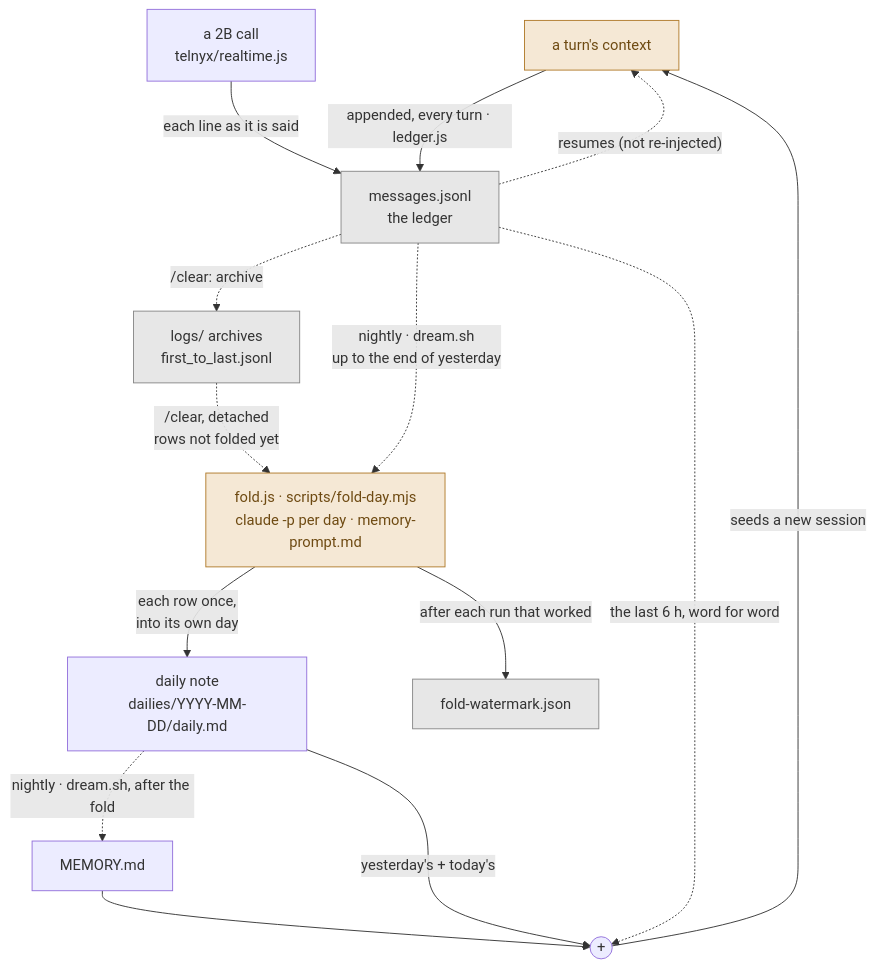
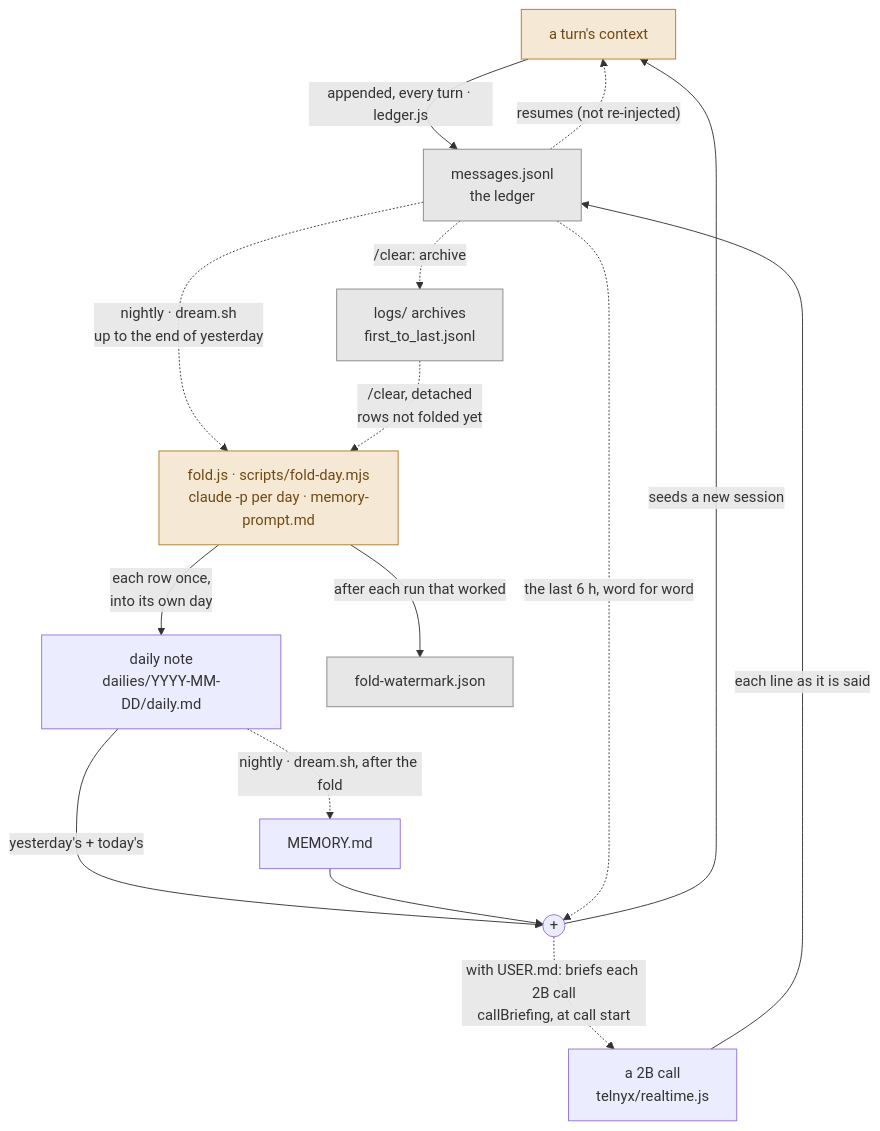
The seventh of 7 diagrams in SYSTEM-MAP.md (KubaJerz/alfred-node), drawn with Mermaid before and after one commit. The commit also changed other lines of this file and 16 other files, not shown here.

````diff
--- a/SYSTEM-MAP.md
+++ b/SYSTEM-MAP.md
@@ -702,20 +724,21 @@
 ```mermaid
 flowchart TD
     CTX["a turn's context"] -->|"appended, every turn · ledger.js"| LIVE["messages.jsonl<br/>the ledger"]
     CALLV["a 2B call<br/>telnyx/realtime.js"] -->|"each line as it is said"| LIVE
     LIVE -.->|"resumes (not re-injected)"| CTX
     LIVE -.->|"/clear: archive"| ARCH["logs/ archives<br/>first_to_last.jsonl"]
     LIVE -.->|"nightly · dream.sh<br/>up to the end of yesterday"| FOLD["fold.js · scripts/fold-day.mjs<br/>claude -p per day · memory-prompt.md"]
     ARCH -.->|"/clear, detached<br/>rows not folded yet"| FOLD
     FOLD -->|"each row once,<br/>into its own day"| DAILY["daily note<br/>dailies/YYYY-MM-DD/daily.md"]
     FOLD -->|"after each run that worked"| WM["fold-watermark.json"]
     DAILY -.->|"nightly · dream.sh, after the fold"| MEM["MEMORY.md"]
     DAILY -->|"yesterday's + today's"| PLUS(("+"))
     MEM --> PLUS
     LIVE -.->|"the last 6 h, word for word"| PLUS
     PLUS -->|"seeds a new session"| CTX
+    PLUS -.->|"with USER.md: briefs each 2B call<br/>callBriefing, at call start"| CALLV
     classDef agent fill:#f5e8d5,stroke:#b07a2a,color:#6e4a12
     classDef store fill:#e7e7e7,stroke:#888,color:#333
     class CTX,FOLD agent
     class LIVE,ARCH,WM store
 ```
````
